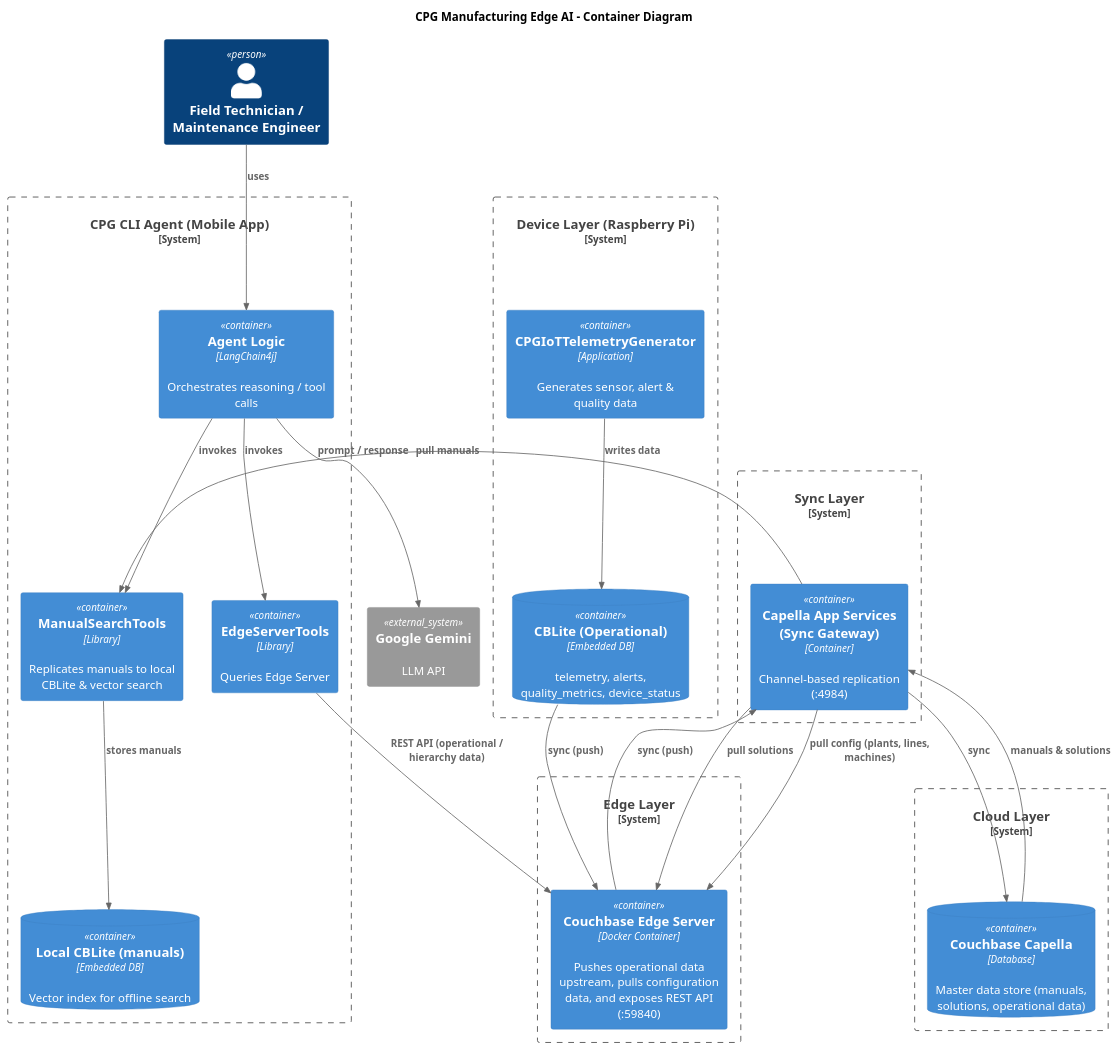
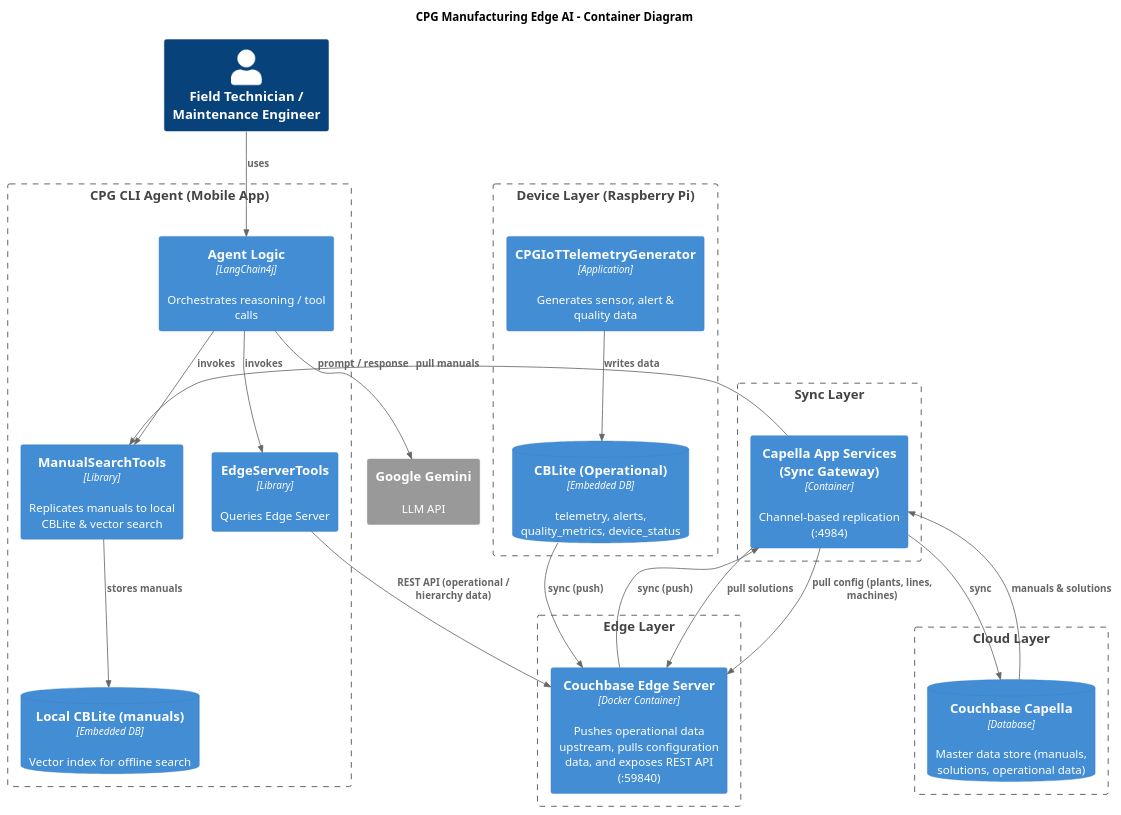
Before and after one commit to couchbase-examples/cpg-manufacturing-edge-ai-assistant: the diagram in architecture.puml, drawn with PlantUML. The commit also changed 2 other files, not shown here.

Commit message:
architecture diagram update

```diff
--- a/architecture.puml
+++ b/architecture.puml
@@ -1,49 +1,51 @@
 @startuml
 !includeurl https://raw.githubusercontent.com/plantuml-stdlib/C4-PlantUML/master/C4_Container.puml
 
 title "CPG Manufacturing Edge AI – Container Diagram"
 
 Person(Technician, "Field Technician / Maintenance Engineer")
 
-System_Boundary(rpi, "Device Layer (Raspberry Pi)") {
+Boundary(rpi, "Device Layer (Raspberry Pi)") {
   Container(IoTApp, "CPGIoTTelemetryGenerator", "Application", "Generates sensor, alert & quality data")
   ContainerDb(DeviceCBLite, "CBLite (Operational)", "Embedded DB", "telemetry, alerts, quality_metrics, device_status")
 }
 
-System_Boundary(edge, "Edge Layer") {
+Boundary(edge, "Edge Layer") {
   Container(EdgeServer, "Couchbase Edge Server", "Docker Container", "Pushes operational data upstream, pulls configuration data, and exposes REST API (:59840)")
 }
 
-System_Boundary(sync, "Sync Layer") {
+Boundary(sync, "Sync Layer") {
   Container(AppSvc, "Capella App Services (Sync Gateway)", "Container", "Channel-based replication (:4984)")
 }
 
-System_Boundary(cloud, "Cloud Layer") {
+Boundary(cloud, "Cloud Layer") {
   ContainerDb(CapellaDB, "Couchbase Capella", "Database", "Master data store (manuals, solutions, operational data)")
 }
 
-System_Boundary(agent, "CPG CLI Agent (Mobile App)") {
+Boundary(agent, "CPG CLI Agent (Mobile App)") {
   Container(AgentLogic, "Agent Logic", "LangChain4j", "Orchestrates reasoning / tool calls")
   Container(EdgeTools, "EdgeServerTools", "Library", "Queries Edge Server")
   Container(ManualTools, "ManualSearchTools", "Library", "Replicates manuals to local CBLite & vector search")
   ContainerDb(AgentCBLite, "Local CBLite (manuals)", "Embedded DB", "Vector index for offline search")
 }
 
 System_Ext(Gemini, "Google Gemini", "LLM API")
 
 Rel(IoTApp, DeviceCBLite, "writes data")
 Rel(DeviceCBLite, EdgeServer, "sync (push)")
 Rel(EdgeServer, AppSvc, "sync (push)")
 Rel(AppSvc, CapellaDB, "sync")
 Rel_D(CapellaDB, AppSvc, "manuals & solutions")
 Rel(AppSvc, EdgeServer, "pull solutions")
 Rel(AppSvc, EdgeServer, "pull config (plants, lines, machines)")
 Rel(AppSvc, ManualTools, "pull manuals")
 Rel(EdgeTools, EdgeServer, "REST API (operational / hierarchy data)")
 Rel(AgentLogic, EdgeTools, "invokes")
 Rel(AgentLogic, ManualTools, "invokes")
 Rel(ManualTools, AgentCBLite, "stores manuals")
 Rel(AgentLogic, Gemini, "prompt / response")
 Rel(Technician, AgentLogic, "uses")
 
+
+HIDE_STEREOTYPE()
 @enduml
```
